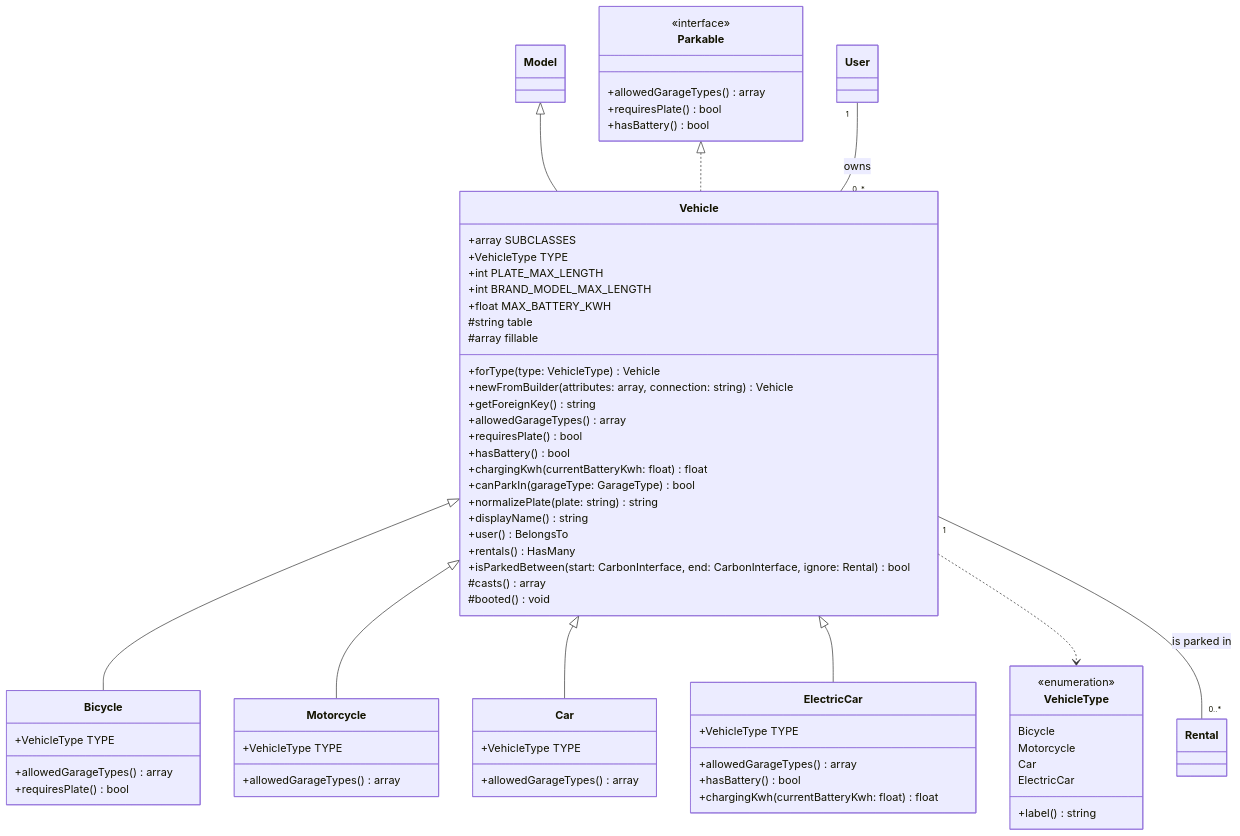
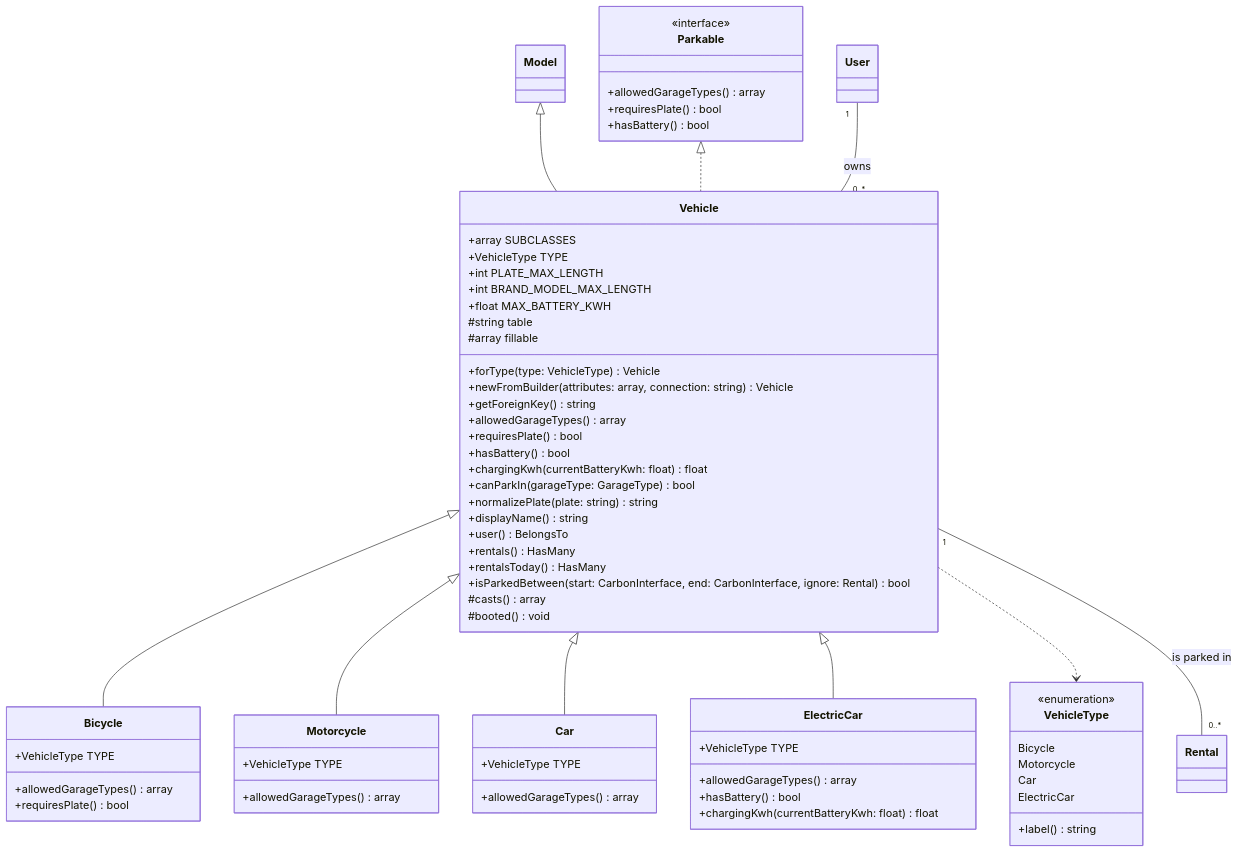
One commit to yohanajocelyn/certification changed the diagram in docs/class-diagram.md. Above: the diagram before and after it, drawn with Mermaid. The commit also changed 8 other files, not shown here.

````diff
--- a/docs/class-diagram.md
+++ b/docs/class-diagram.md
@@ -9,77 +9,78 @@
 ```mermaid
 classDiagram
     direction TB
 
     class Model
     class Parkable {
         <<interface>>
         +allowedGarageTypes() array
         +requiresPlate() bool
         +hasBattery() bool
     }
     class VehicleType {
         <<enumeration>>
         Bicycle
         Motorcycle
         Car
         ElectricCar
         +label() string
     }
 
     class Vehicle {
         +array SUBCLASSES
         +VehicleType TYPE
         +int PLATE_MAX_LENGTH
         +int BRAND_MODEL_MAX_LENGTH
         +float MAX_BATTERY_KWH
         #string table
         #array fillable
         +forType(type: VehicleType) Vehicle
         +newFromBuilder(attributes: array, connection: string) Vehicle
         +getForeignKey() string
         +allowedGarageTypes() array
         +requiresPlate() bool
         +hasBattery() bool
         +chargingKwh(currentBatteryKwh: float) float
         +canParkIn(garageType: GarageType) bool
         +normalizePlate(plate: string) string
         +displayName() string
         +user() BelongsTo
         +rentals() HasMany
+        +rentalsToday() HasMany
         +isParkedBetween(start: CarbonInterface, end: CarbonInterface, ignore: Rental) bool
         #casts() array
         #booted() void
     }
     class Bicycle {
         +VehicleType TYPE
         +allowedGarageTypes() array
         +requiresPlate() bool
     }
     class Motorcycle {
         +VehicleType TYPE
         +allowedGarageTypes() array
     }
     class Car {
         +VehicleType TYPE
         +allowedGarageTypes() array
     }
     class ElectricCar {
         +VehicleType TYPE
         +allowedGarageTypes() array
         +hasBattery() bool
         +chargingKwh(currentBatteryKwh: float) float
     }
 
     class User
     class Rental
 
     Model <|-- Vehicle
     Parkable <|.. Vehicle
     Vehicle <|-- Bicycle
     Vehicle <|-- Motorcycle
     Vehicle <|-- Car
     Vehicle <|-- ElectricCar
     Vehicle ..> VehicleType
     User "1" -- "0..*" Vehicle : owns
     Vehicle "1" -- "0..*" Rental : is parked in
 ```
````
